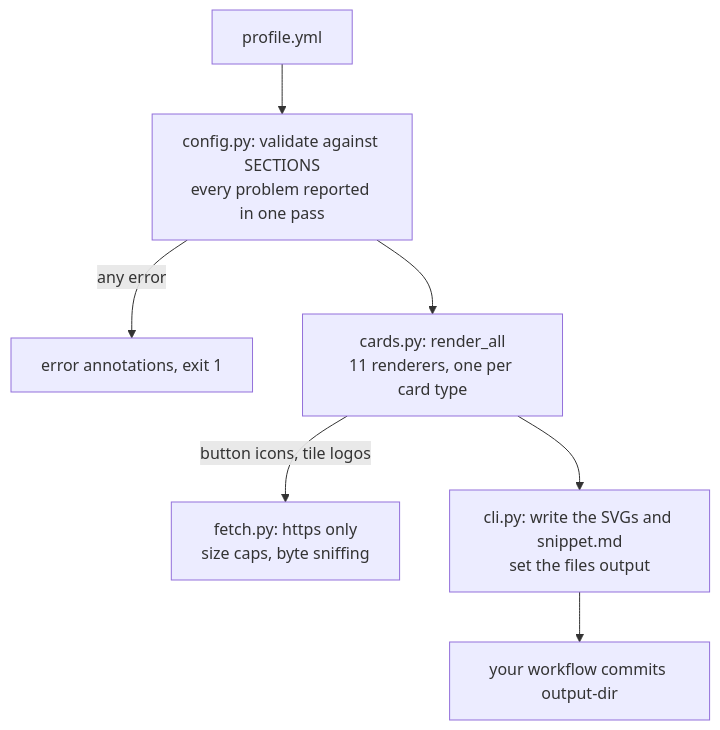
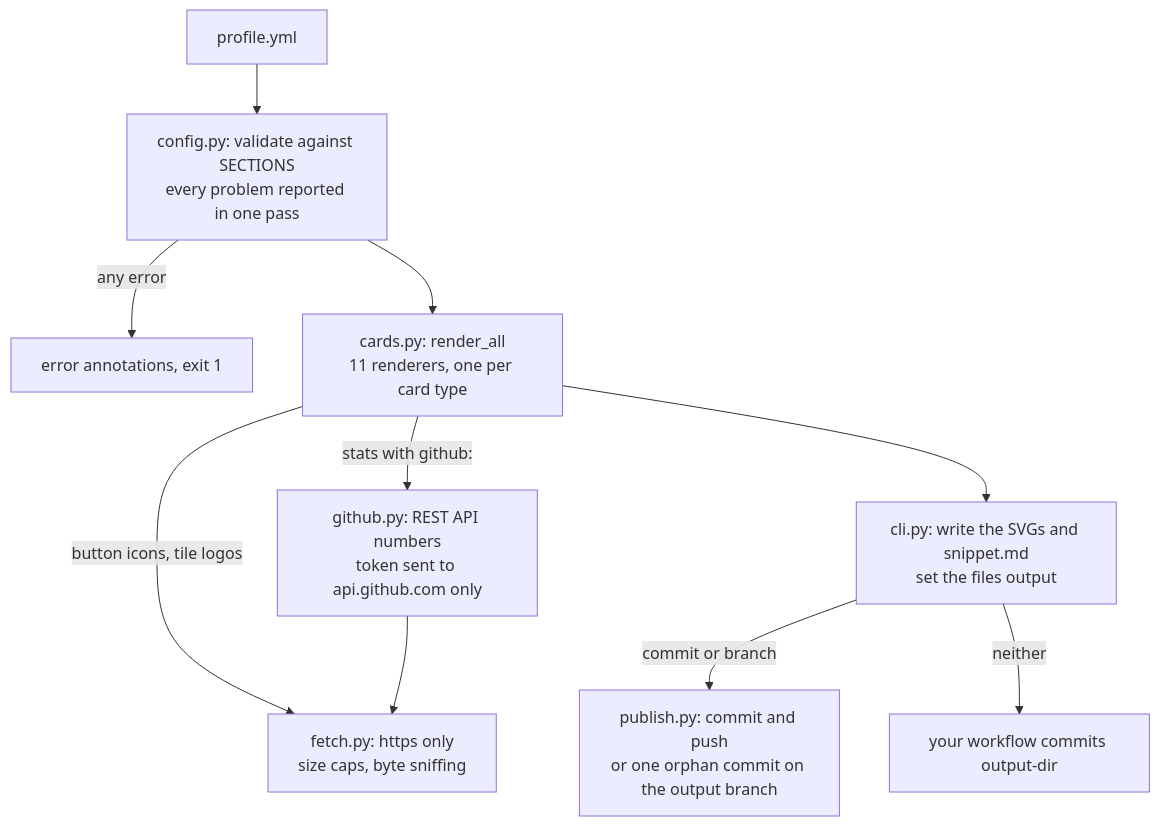
One commit to Sagargupta16/readme-kit-action changed the diagram in README.md. Above: the diagram before and after it, drawn with Mermaid. The commit also changed other lines of this file and 19 other files, not shown here.

First line of the commit message:
feat: commit and branch inputs and live github stats (1.1.0) (#4)

````diff
--- a/README.md
+++ b/README.md
@@ -131,9 +150,12 @@
 ```mermaid
 flowchart TD
     A[profile.yml] --> B["config.py: validate against SECTIONS<br/>every problem reported in one pass"]
     B -->|any error| X["error annotations, exit 1"]
     B --> C["cards.py: render_all<br/>11 renderers, one per card type"]
     C -->|button icons, tile logos| D["fetch.py: https only<br/>size caps, byte sniffing"]
+    C -->|stats with github:| G["github.py: REST API numbers<br/>token sent to api.github.com only"]
+    G --> D
     C --> E["cli.py: write the SVGs and snippet.md<br/>set the files output"]
-    E --> F[your workflow commits output-dir]
+    E -->|commit or branch| P["publish.py: commit and push<br/>or one orphan commit on the output branch"]
+    E -->|neither| F[your workflow commits output-dir]
 ```
````
